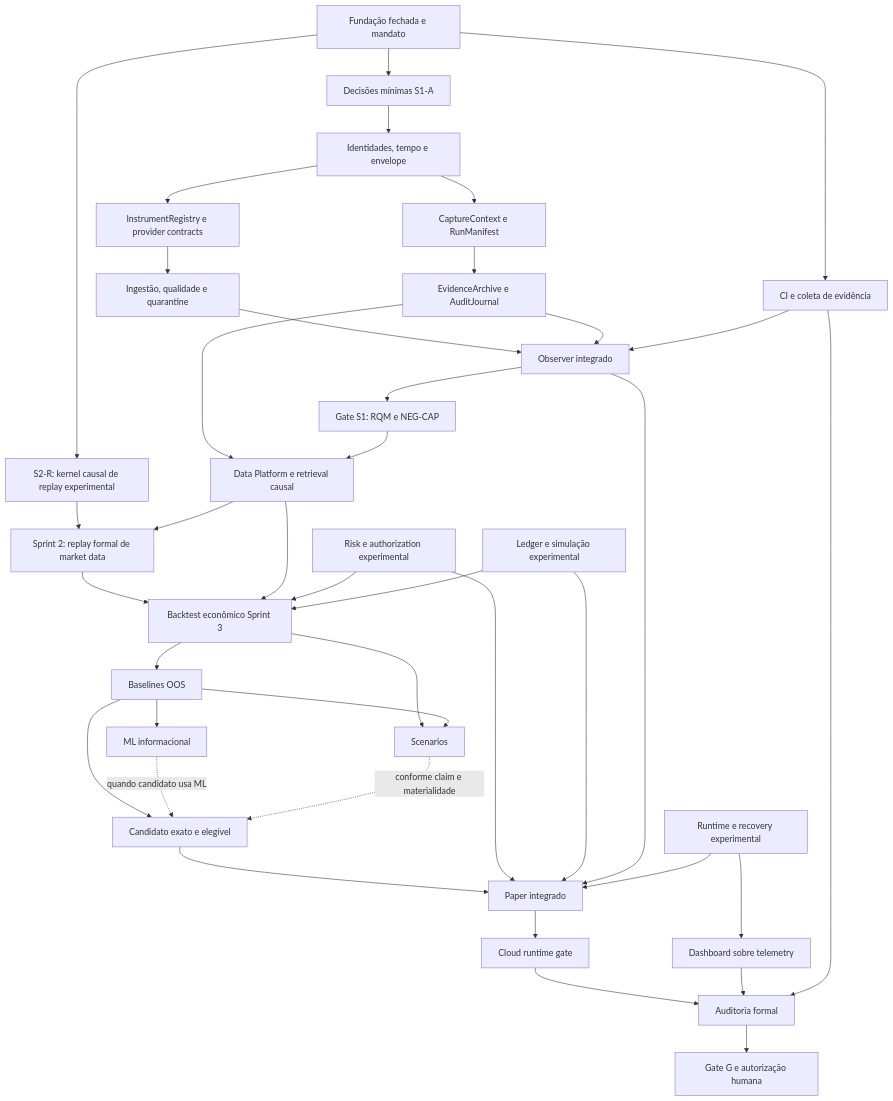
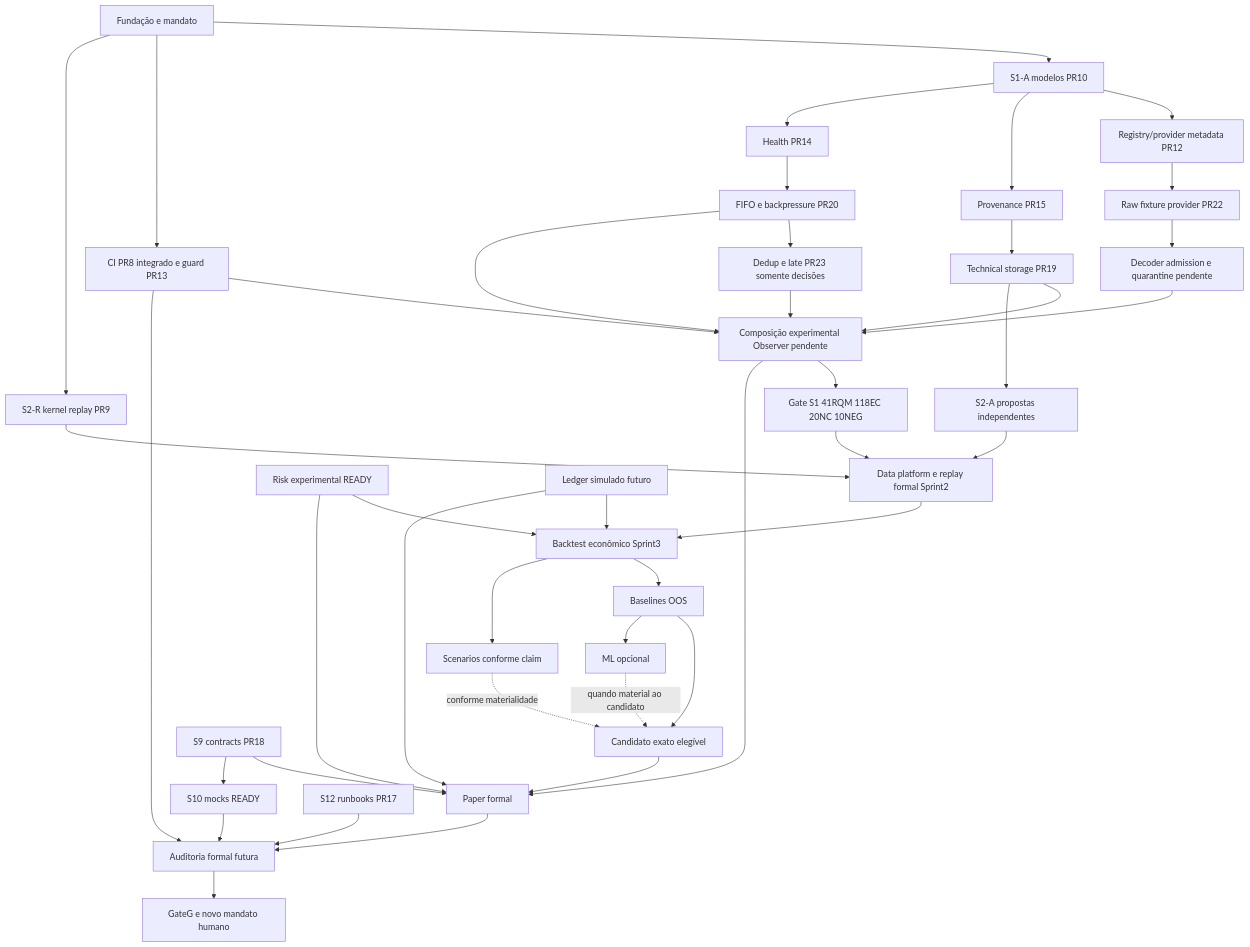
One commit to paulobmcosta-creator/btg-ai-trader changed the diagram in docs/program/PROGRAM_EXECUTION.md. Above: the diagram before and after it, drawn with Mermaid. The commit also changed other lines of this file, not shown here.

````diff
--- a/docs/program/PROGRAM_EXECUTION.md
+++ b/docs/program/PROGRAM_EXECUTION.md
@@ -67,41 +68,44 @@
 ```mermaid
 flowchart TD
-    F[Fundação fechada e mandato] --> D[Decisões mínimas S1-A]
-    F --> CI[CI e coleta de evidência]
-    D --> M[Identidades, tempo e envelope]
-    M --> IP[InstrumentRegistry e provider contracts]
-    M --> PC[CaptureContext e RunManifest]
-    IP --> IN[Ingestão, qualidade e quarantine]
-    PC --> EA[EvidenceArchive e AuditJournal]
-    IN --> OBS[Observer integrado]
-    EA --> OBS
+    F[Fundação e mandato] --> A[S1-A modelos PR10]
+    F --> CI[CI PR8 integrado e guard PR13]
+    A --> B[Registry/provider metadata PR12]
+    A --> C[Provenance PR15]
+    A --> H[Health PR14]
+    B --> FP[Raw fixture provider PR22]
+    C --> E[Technical storage PR19]
+    H --> Q[FIFO e backpressure PR20]
+    Q --> DD[Dedup e late PR23 somente decisões]
+    FP --> AD[Decoder admission e quarantine pendente]
+    DD --> OBS[Composição experimental Observer pendente]
+    AD --> OBS
+    Q --> OBS
+    E --> OBS
     CI --> OBS
-    OBS --> GS1[Gate S1: RQM e NEG-CAP]
-    F --> RK[S2-R: kernel causal de replay experimental]
-    EA --> S2[Data Platform e retrieval causal]
+    OBS --> GS1[Gate S1 41RQM 118EC 20NC 10NEG]
+    F --> RK[S2-R kernel replay PR9]
+    E --> S2DEV[S2-A propostas independentes]
+    S2DEV --> S2[Data platform e replay formal Sprint2]
+    RK --> S2
     GS1 --> S2
-    RK --> S2R[Sprint 2: replay formal de market data]
-    S2 --> S2R
-    S2R --> S3[Backtest econômico Sprint 3]
-    S2 --> S3
-    R[Risk e authorization experimental] --> S3
-    L[Ledger e simulação experimental] --> S3
+    S2 --> S3[Backtest econômico Sprint3]
+    R[Risk experimental READY] --> S3
+    L[Ledger simulado futuro] --> S3
     S3 --> S4[Baselines OOS]
-    S4 --> S5[ML informacional]
-    S3 --> S6[Scenarios]
-    S4 --> S6
-    S4 --> CAND[Candidato exato e elegível]
-    S5 -. quando candidato usa ML .-> CAND
-    S6 -. conforme claim e materialidade .-> CAND
-    CAND --> P[Paper integrado]
-    R --> P
-    L --> P
-    OBS --> P
-    RT[Runtime e recovery experimental] --> P
-    P --> S9[Cloud runtime gate]
-    RT --> UI[Dashboard sobre telemetry]
-    S9 --> AU[Auditoria formal]
-    UI --> AU
-    CI --> AU
-    AU --> H[Gate G e autorização humana]
+    S4 --> CAND[Candidato exato elegível]
+    S4 --> ML[ML opcional]
+    ML -. quando material ao candidato .-> CAND
+    S3 --> SC[Scenarios conforme claim]
+    SC -. conforme materialidade .-> CAND
+    CAND --> PAPER[Paper formal]
+    R --> PAPER
+    L --> PAPER
+    OBS --> PAPER
+    RT[S9 contracts PR18] --> PAPER
+    RT --> UI[S10 mocks READY]
+    PAPER --> AUD[Auditoria formal futura]
+    UI --> AUD
+    CI --> AUD
+    PD[S12 runbooks PR17] --> AUD
+    AUD --> G[GateG e novo mandato humano]
 ```
````
